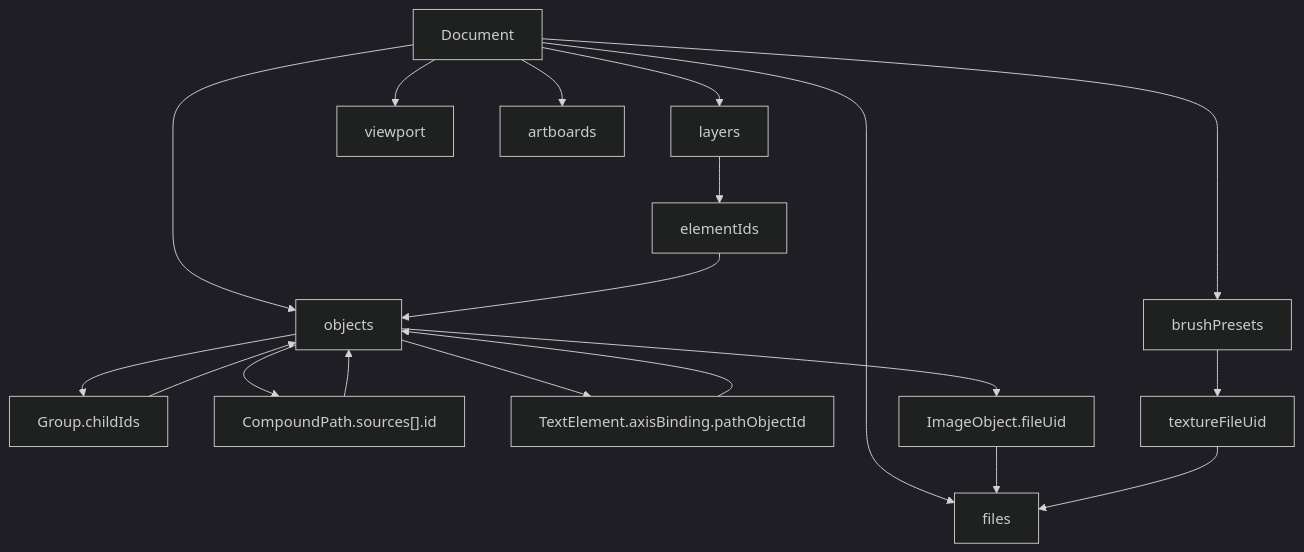
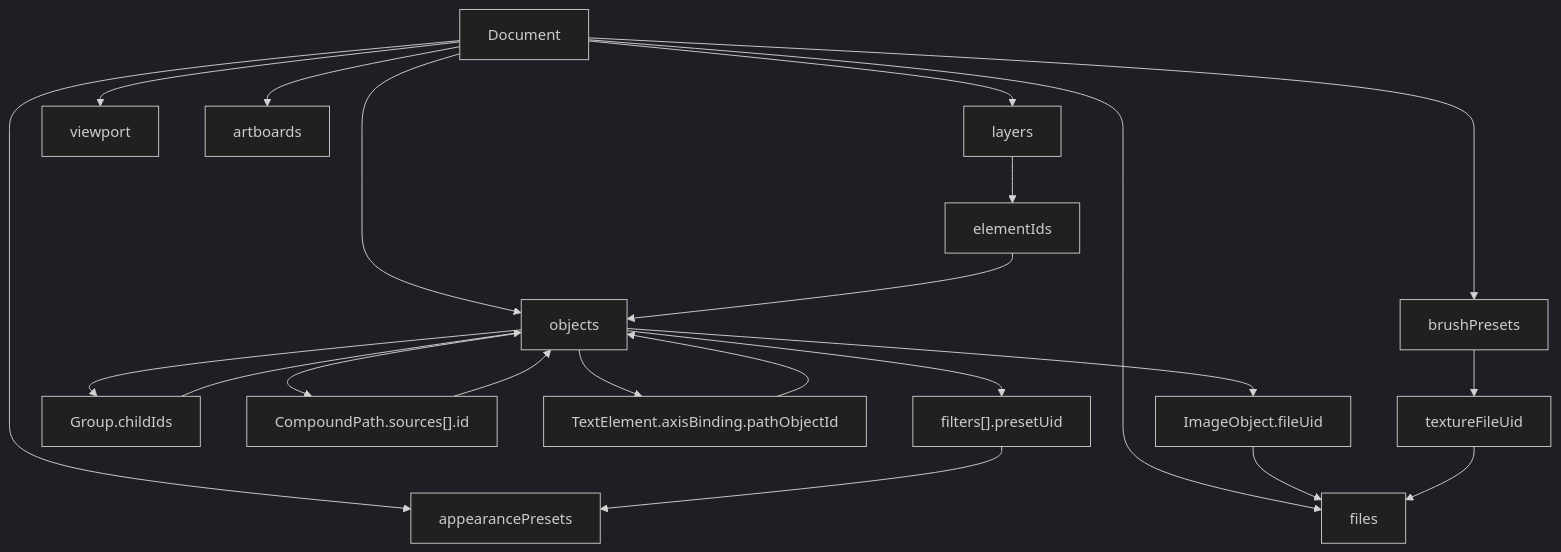
The diagram in pkgs/web/src/app/devdocs/data-flow/document-schema/page.mdx (hanakla/paplico), drawn with Mermaid (dark theme) before and after one commit. The commit also changed other lines of this file and 136 other files, not shown here.

````diff
--- a/pkgs/web/src/app/devdocs/data-flow/document-schema/page.mdx
+++ b/pkgs/web/src/app/devdocs/data-flow/document-schema/page.mdx
@@ -27,21 +28,24 @@
 ```mermaid
 graph TD
     D["Document"] --> O["objects"]
     D --> L["layers"]
     D --> F["files"]
     D --> V["viewport"]
     D --> A["artboards"]
     D --> B["brushPresets"]
+    D --> P["appearancePresets"]
+    O --> R["filters[].presetUid"]
+    R --> P
     L --> E["elementIds"]
     E --> O
     O --> G["Group.childIds"]
     G --> O
     O --> C["CompoundPath.sources[].id"]
     C --> O
     O --> T["TextElement.axisBinding.pathObjectId"]
     T --> O
     O --> I["ImageObject.fileUid"]
     I --> F
     B --> BT["textureFileUid"]
     BT --> F
 ```
````
